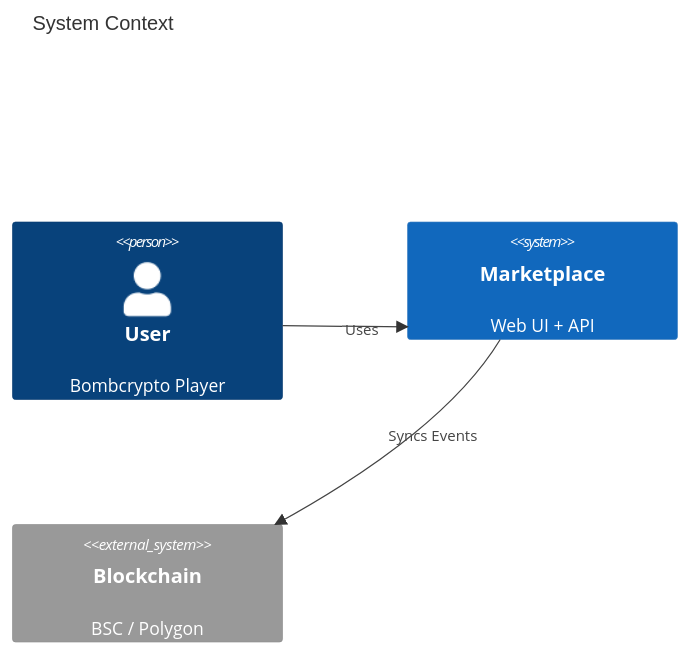
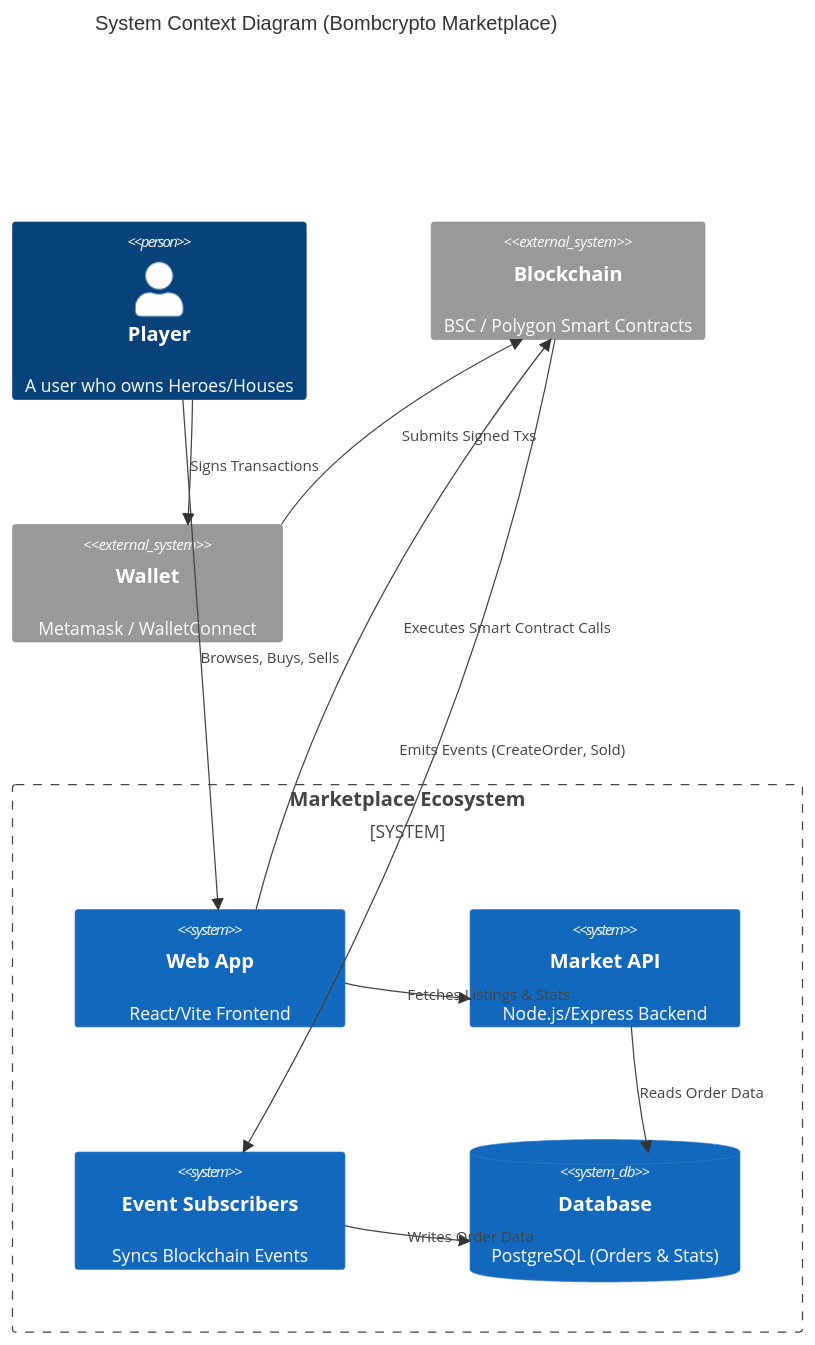
One commit to alanvito1/bombcrypto-market-v2 changed the diagram in README.md. Above: the diagram before and after it, drawn with Mermaid. The commit also changed other lines of this file and 8 other files, not shown here.

````diff
--- a/README.md
+++ b/README.md
@@ -57,11 +15,25 @@
 ```mermaid
 C4Context
-    title System Context
+    title System Context Diagram (Bombcrypto Marketplace)
 
-    Person(user, "User", "Bombcrypto Player")
-    System(market, "Marketplace", "Web UI + API")
-    System_Ext(blockchain, "Blockchain", "BSC / Polygon")
+    Person(player, "Player", "A user who owns Heroes/Houses")
 
-    Rel(user, market, "Uses")
-    Rel(market, blockchain, "Syncs Events")
+    System_Boundary(market_boundary, "Marketplace Ecosystem") {
+        System(webapp, "Web App", "React/Vite Frontend")
+        System(api, "Market API", "Node.js/Express Backend")
+        System(subscribers, "Event Subscribers", "Syncs Blockchain Events")
+        SystemDb(db, "Database", "PostgreSQL (Orders & Stats)")
+    }
+
+    System_Ext(blockchain, "Blockchain", "BSC / Polygon Smart Contracts")
+    System_Ext(wallet, "Wallet", "Metamask / WalletConnect")
+
+    Rel(player, webapp, "Browses, Buys, Sells")
+    Rel(player, wallet, "Signs Transactions")
+    Rel(webapp, api, "Fetches Listings & Stats")
+    Rel(webapp, blockchain, "Executes Smart Contract Calls")
+    Rel(wallet, blockchain, "Submits Signed Txs")
+    Rel(blockchain, subscribers, "Emits Events (CreateOrder, Sold)")
+    Rel(subscribers, db, "Writes Order Data")
+    Rel(api, db, "Reads Order Data")
 ```
````
